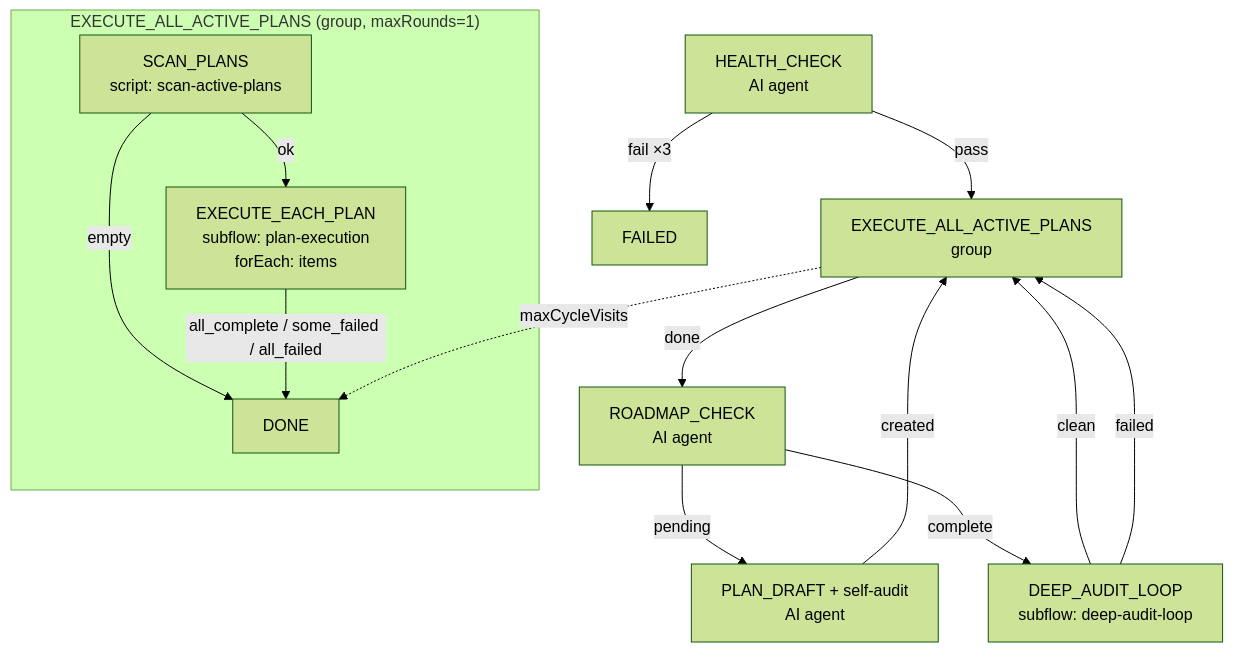
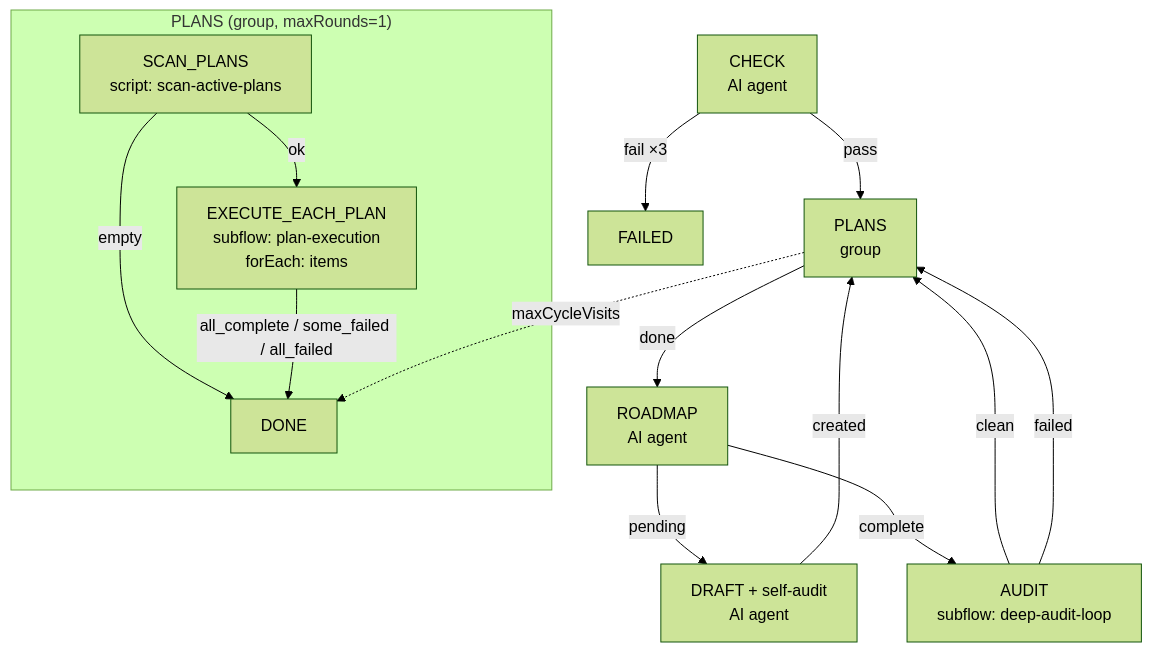
The first of 3 diagrams in ai-dev/design/opencode-goal-driver/goal-driver-flow-design.md (entropy-cloud/nop-entropy), drawn with Mermaid (forest theme) before and after one commit. The commit also changed other lines of this file and 8 other files, not shown here.

````diff
--- a/ai-dev/design/opencode-goal-driver/goal-driver-flow-design.md
+++ b/ai-dev/design/opencode-goal-driver/goal-driver-flow-design.md
@@ -43,23 +43,23 @@
 ```mermaid
 flowchart TD
-    HC["HEALTH_CHECK<br/>AI agent"] -->|pass| EAP["EXECUTE_ALL_ACTIVE_PLANS<br/>group"]
+    HC["CHECK<br/>AI agent"] -->|pass| EAP["PLANS<br/>group"]
     HC -->|fail ×3| FAILED
 
-    subgraph EAP_G["EXECUTE_ALL_ACTIVE_PLANS (group, maxRounds=1)"]
+    subgraph EAP_G["PLANS (group, maxRounds=1)"]
         SP["SCAN_PLANS<br/>script: scan-active-plans"] -->|ok| EEP["EXECUTE_EACH_PLAN<br/>subflow: plan-execution<br/>forEach: items"]
         SP -->|empty| DONE
         EEP -->|all_complete / some_failed / all_failed| DONE
     end
 
-    EAP -->|done| RC["ROADMAP_CHECK<br/>AI agent"]
+    EAP -->|done| RC["ROADMAP<br/>AI agent"]
 
-    RC -->|pending| PD["PLAN_DRAFT + self-audit<br/>AI agent"]
-    RC -->|complete| DAL["DEEP_AUDIT_LOOP<br/>subflow: deep-audit-loop"]
+    RC -->|pending| PD["DRAFT + self-audit<br/>AI agent"]
+    RC -->|complete| DAL["AUDIT<br/>subflow: deep-audit-loop"]
 
     PD -->|created| EAP
 
     DAL -->|clean| EAP
     DAL -->|failed| EAP
 
     EAP -.->|maxCycleVisits| DONE
 ```
````
